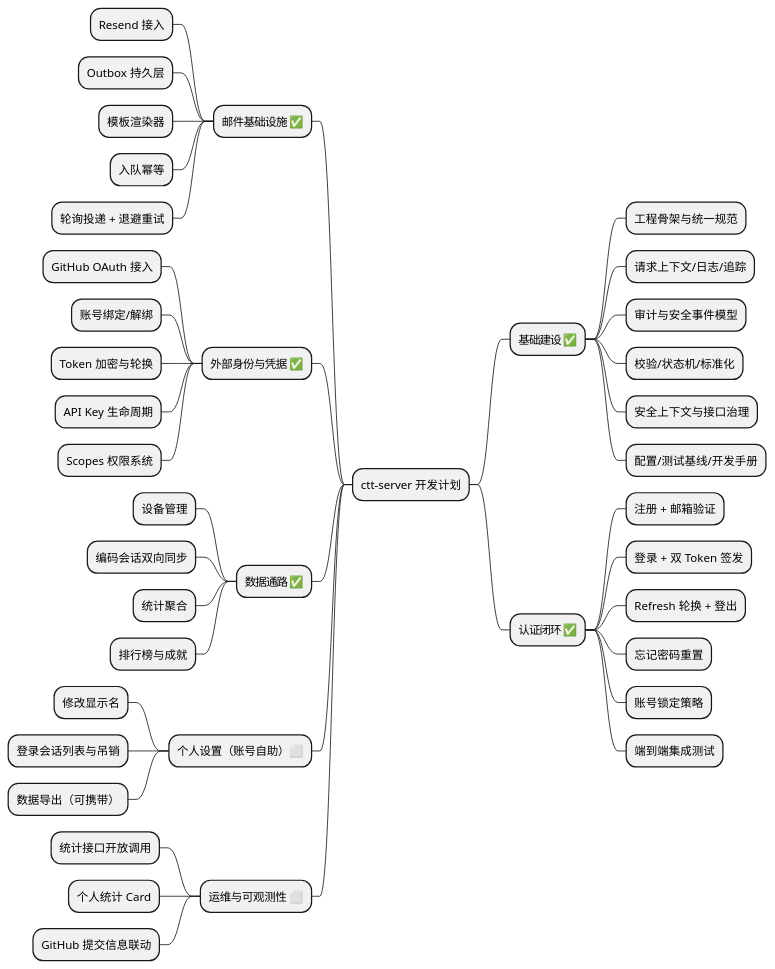
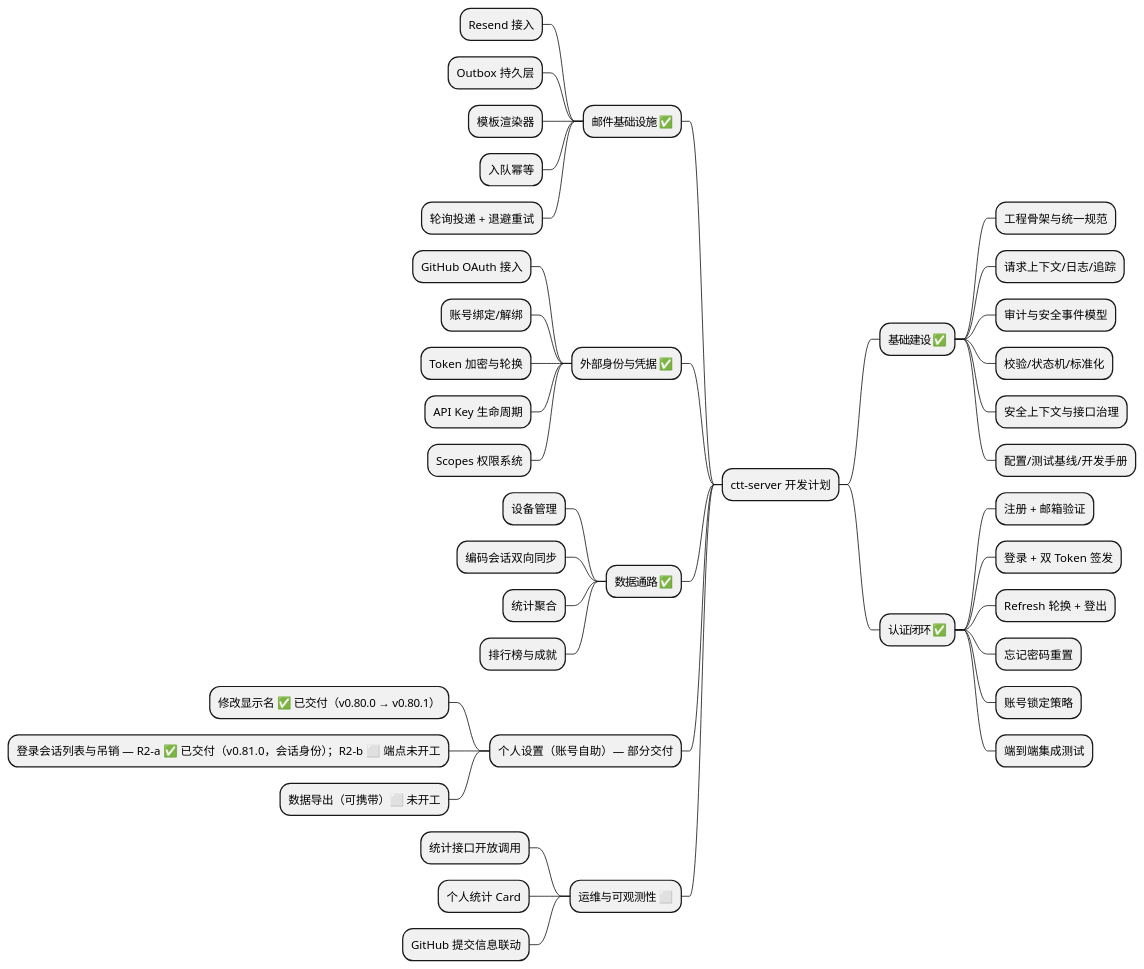
The first of 7 diagrams in .plans/ctt-server-development-plan.md (AhogeK/ctt-server), drawn with PlantUML before and after one commit. The commit also changed other lines of this file, not shown here.

````diff
--- a/.plans/ctt-server-development-plan.md
+++ b/.plans/ctt-server-development-plan.md
@@ -13,46 +13,46 @@
 ```plantuml
 @startmindmap
 * ctt-server 开发计划
 ** 基础建设 ✅
 *** 工程骨架与统一规范
 *** 请求上下文/日志/追踪
 *** 审计与安全事件模型
 *** 校验/状态机/标准化
 *** 安全上下文与接口治理
 *** 配置/测试基线/开发手册
 ** 认证闭环 ✅
 *** 注册 + 邮箱验证
 *** 登录 + 双 Token 签发
 *** Refresh 轮换 + 登出
 *** 忘记密码重置
 *** 账号锁定策略
 *** 端到端集成测试
 
 left side
 ** 邮件基础设施 ✅
 *** Resend 接入
 *** Outbox 持久层
 *** 模板渲染器
 *** 入队幂等
 *** 轮询投递 + 退避重试
 ** 外部身份与凭据 ✅
 *** GitHub OAuth 接入
 *** 账号绑定/解绑
 *** Token 加密与轮换
 *** API Key 生命周期
 *** Scopes 权限系统
 ** 数据通路 ✅
 *** 设备管理
 *** 编码会话双向同步
 *** 统计聚合
 *** 排行榜与成就
-** 个人设置（账号自助）⬜
-*** 修改显示名
-*** 登录会话列表与吊销
-*** 数据导出（可携带）
+** 个人设置（账号自助）— 部分交付
+*** 修改显示名 ✅ 已交付（v0.80.0 → v0.80.1）
+*** 登录会话列表与吊销 — R2-a ✅ 已交付（v0.81.0，会话身份）；R2-b ⬜ 端点未开工
+*** 数据导出（可携带）⬜ 未开工
 ** 运维与可观测性 ⬜
 *** 统计接口开放调用
 *** 个人统计 Card
 *** GitHub 提交信息联动
 @endmindmap
 ```
````
